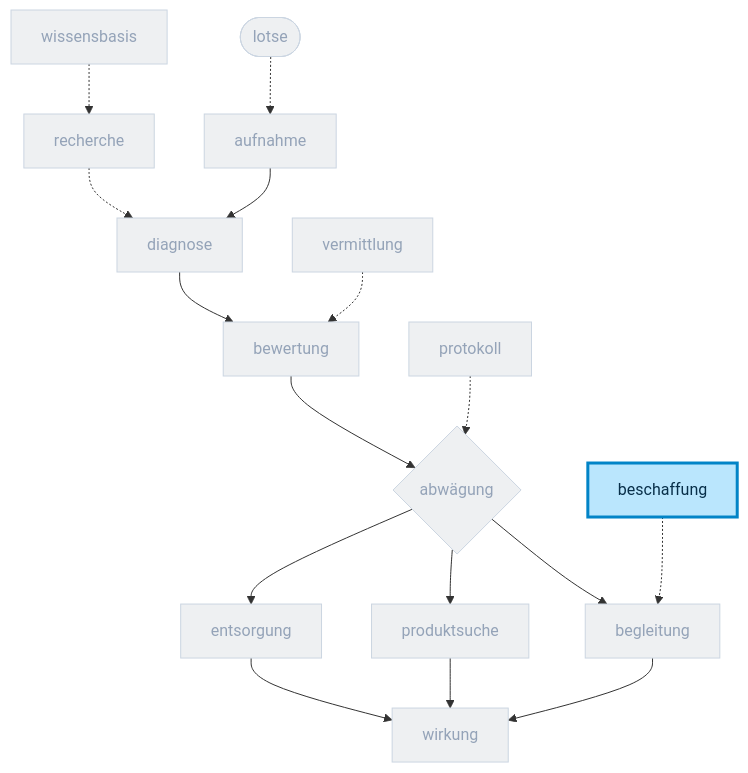
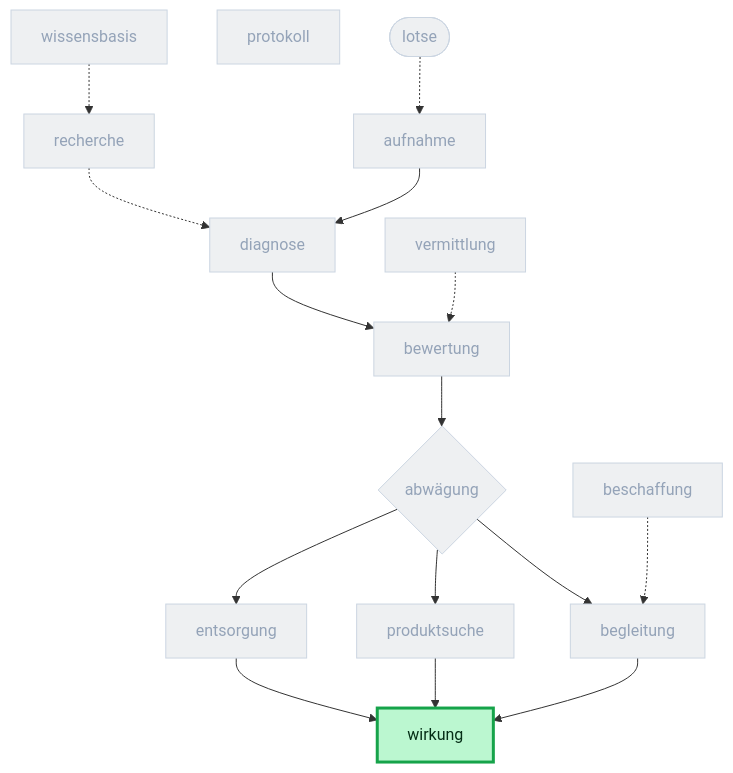
Before and after one commit to DigitaleOberlausitz/hackathon2026_RepairApp: diagram 13 of 15 in docs/folien/runtime-roles.adoc, drawn with Mermaid. The commit also changed other lines of this file and 2 other files, not shown here.

First line of the commit message:
docs(folien): Rollen-Folien narrativ (just-in-time) ordnen + schärfere Diagramme

```diff
--- a/docs/folien/runtime-roles.adoc
+++ b/docs/folien/runtime-roles.adoc
@@ -691,31 +710,30 @@
 [mermaid]
 ....
 flowchart TB
   classDef dim fill:#eef0f2,stroke:#cbd5e1,color:#94a3b8
-  classDef active fill:#bae6fd,stroke:#0284c7,stroke-width:3px,color:#082f49
+  classDef active fill:#bbf7d0,stroke:#16a34a,stroke-width:3px,color:#052e16
   lotse([lotse]):::dim
   aufnahme[aufnahme]:::dim
   diagnose[diagnose]:::dim
   bewertung[bewertung]:::dim
   abwaegung{abwägung}:::dim
   begleitung[begleitung]:::dim
   produktsuche[produktsuche]:::dim
   entsorgung[entsorgung]:::dim
   wirkung[wirkung]:::dim
   recherche[recherche]:::dim
   vermittlung[vermittlung]:::dim
   beschaffung[beschaffung]:::dim
   protokoll[protokoll]:::dim
   wissensbasis[wissensbasis]:::dim
   lotse -.-> aufnahme
   aufnahme --> diagnose --> bewertung --> abwaegung
   abwaegung --> begleitung --> wirkung
   abwaegung --> produktsuche --> wirkung
   abwaegung --> entsorgung --> wirkung
   recherche -.-> diagnose
   vermittlung -.-> bewertung
   beschaffung -.-> begleitung
-  protokoll -.-> abwaegung
   wissensbasis -.-> recherche
-  class beschaffung active
+  class wirkung active
 ....
```
